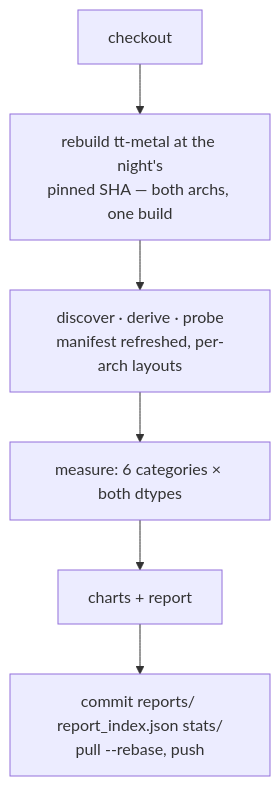
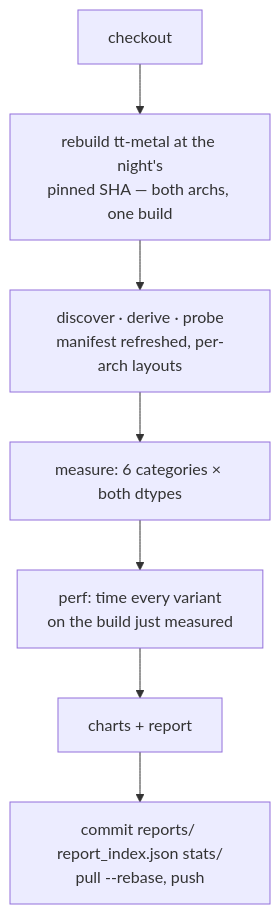
The second of 3 diagrams in .github/workflows/README.md (tenstorrent/tt-eltwise-accuracy-report), drawn with Mermaid before and after one commit. The commit also changed other lines of this file and 5 other files, not shown here.

Commit message:
fix: the nightly times the build it measured and commits ask.md

````diff
--- a/.github/workflows/README.md
+++ b/.github/workflows/README.md
@@ -20,8 +28,9 @@
 ```mermaid
 flowchart TD
     A["checkout"] --> B["rebuild tt-metal at the night's<br/>pinned SHA — both archs, one build"]
     B --> C["discover · derive · probe<br/>manifest refreshed, per-arch layouts"]
     C --> D["measure: 6 categories × both dtypes"]
-    D --> E["charts + report"]
+    D --> P["perf: time every variant<br/>on the build just measured"]
+    P --> E["charts + report"]
     E --> F["commit reports/ report_index.json stats/<br/>pull --rebase, push"]
 ```
````
